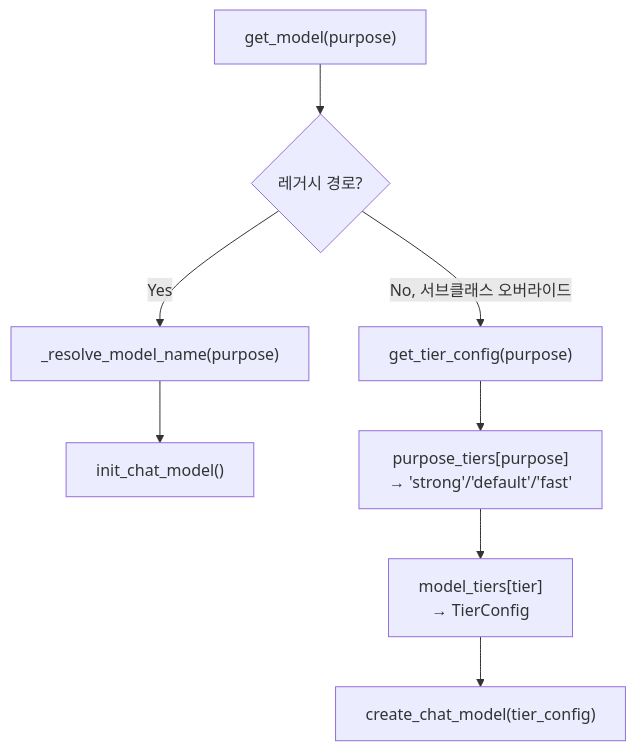
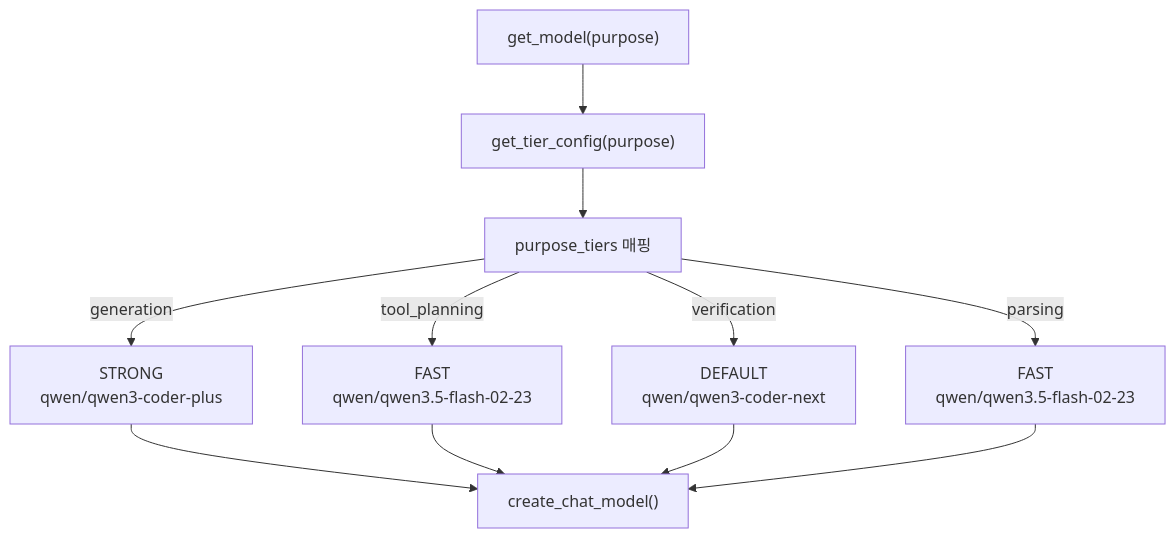
The ninth of 16 diagrams in docs/ARCHITECTURE.md (youngs75/youngs75_coding_ai_agent), drawn with Mermaid before and after one commit. The commit also changed other lines of this file and 15 other files, not shown here.

````diff
--- a/docs/ARCHITECTURE.md
+++ b/docs/ARCHITECTURE.md
@@ -284,10 +342,13 @@
 ```mermaid
 graph TD
-    PURPOSE["get_model(purpose)"] --> LEGACY{레거시 경로?}
-    LEGACY -->|Yes| RESOLVE["_resolve_model_name(purpose)"]
-    RESOLVE --> INIT["init_chat_model()"]
-    LEGACY -->|No, 서브클래스 오버라이드| TIER["get_tier_config(purpose)"]
-    TIER --> PT["purpose_tiers[purpose]<br/>→ 'strong'/'default'/'fast'"]
-    PT --> TC["model_tiers[tier]<br/>→ TierConfig"]
-    TC --> CREATE["create_chat_model(tier_config)"]
+    PURPOSE["get_model(purpose)"] --> TIER["get_tier_config(purpose)"]
+    TIER --> PT["purpose_tiers 매핑"]
+    PT -->|generation| STRONG["STRONG<br/>qwen/qwen3-coder-plus"]
+    PT -->|tool_planning| FAST_TP["FAST<br/>qwen/qwen3.5-flash-02-23"]
+    PT -->|verification| DEFAULT["DEFAULT<br/>qwen/qwen3-coder-next"]
+    PT -->|parsing| FAST_P["FAST<br/>qwen/qwen3.5-flash-02-23"]
+    STRONG --> CREATE["create_chat_model()"]
+    FAST_TP --> CREATE
+    DEFAULT --> CREATE
+    FAST_P --> CREATE
 ```
````
